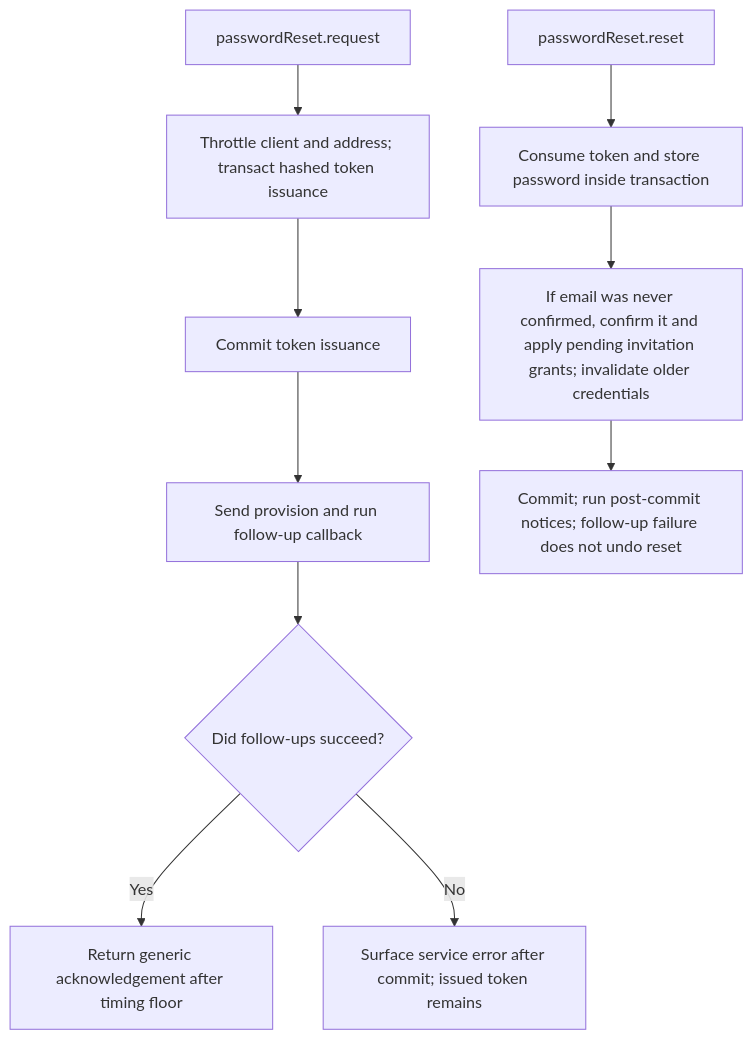
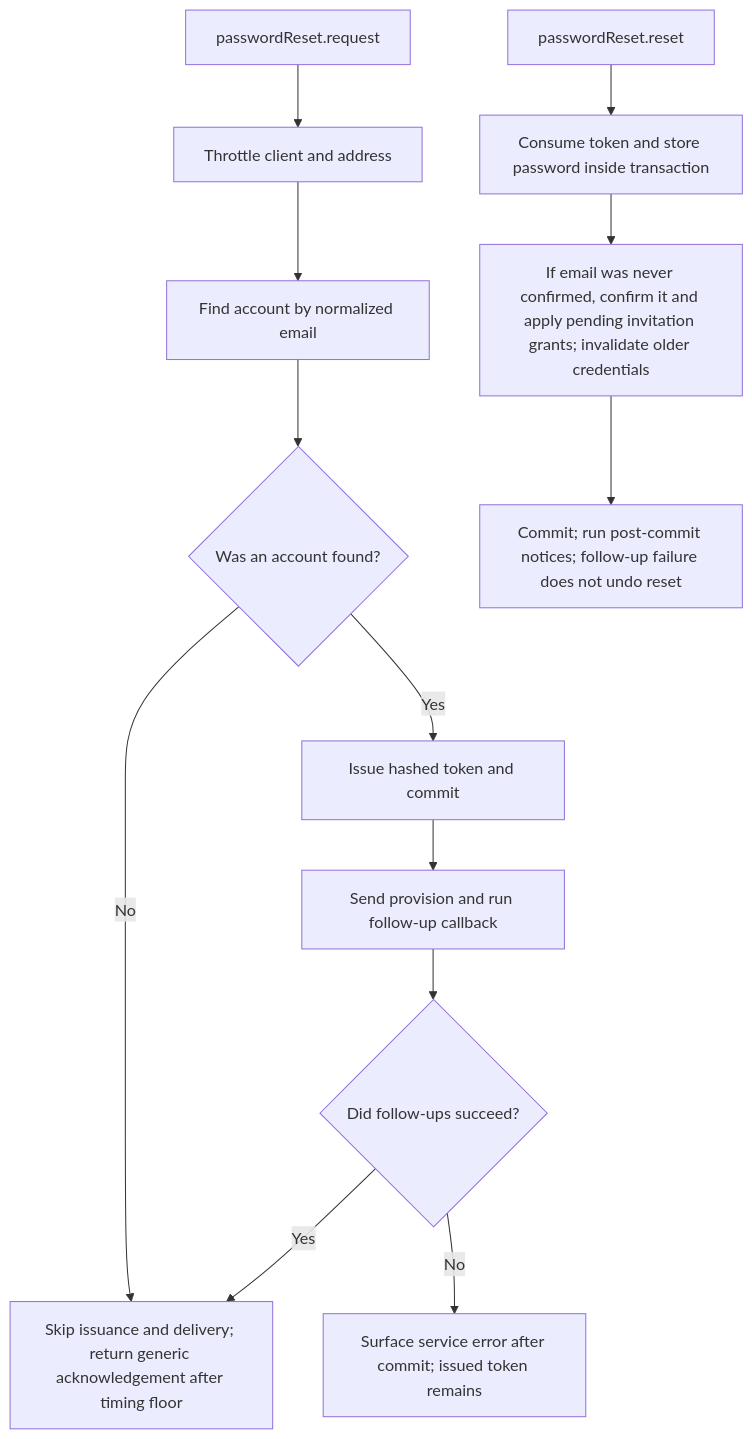
One commit to Kevinjohn/oss-adonisjs-account-kit changed the second of 2 diagrams in user-stories/US-ACCOUNT-01-recover-password.md. Above: the diagram before and after it, drawn with Mermaid. The commit also changed other lines of this file and 3 other files, not shown here.

Commit message:
Correct Account Kit catalogue flow details

````diff
--- a/user-stories/US-ACCOUNT-01-recover-password.md
+++ b/user-stories/US-ACCOUNT-01-recover-password.md
@@ -36,12 +42,15 @@
 ```mermaid
 flowchart TD
- REQ["passwordReset.request"] --> REQ_THROTTLE["Throttle client and address; transact hashed token issuance"]
- REQ_THROTTLE --> REQ_COMMIT["Commit token issuance"]
- REQ_COMMIT --> REQ_FOLLOW["Send provision and run follow-up callback"]
+ REQ["passwordReset.request"] --> REQ_THROTTLE["Throttle client and address"]
+ REQ_THROTTLE --> REQ_LOOKUP["Find account by normalized email"]
+ REQ_LOOKUP --> REQ_KNOWN{"Was an account found?"}
+ REQ_KNOWN -->|No| REQ_ACK["Skip issuance and delivery; return generic acknowledgement after timing floor"]
+ REQ_KNOWN -->|Yes| REQ_ISSUE["Issue hashed token and commit"]
+ REQ_ISSUE --> REQ_FOLLOW["Send provision and run follow-up callback"]
  REQ_FOLLOW --> REQ_OK{"Did follow-ups succeed?"}
- REQ_OK -->|Yes| REQ_ACK["Return generic acknowledgement after timing floor"]
+ REQ_OK -->|Yes| REQ_ACK
  REQ_OK -->|No| REQ_ERROR["Surface service error after commit; issued token remains"]
  D["passwordReset.reset"] --> E["Consume token and store password inside transaction"]
  E --> F["If email was never confirmed, confirm it and apply pending invitation grants; invalidate older credentials"]
  F --> G["Commit; run post-commit notices; follow-up failure does not undo reset"]
 ```
````
